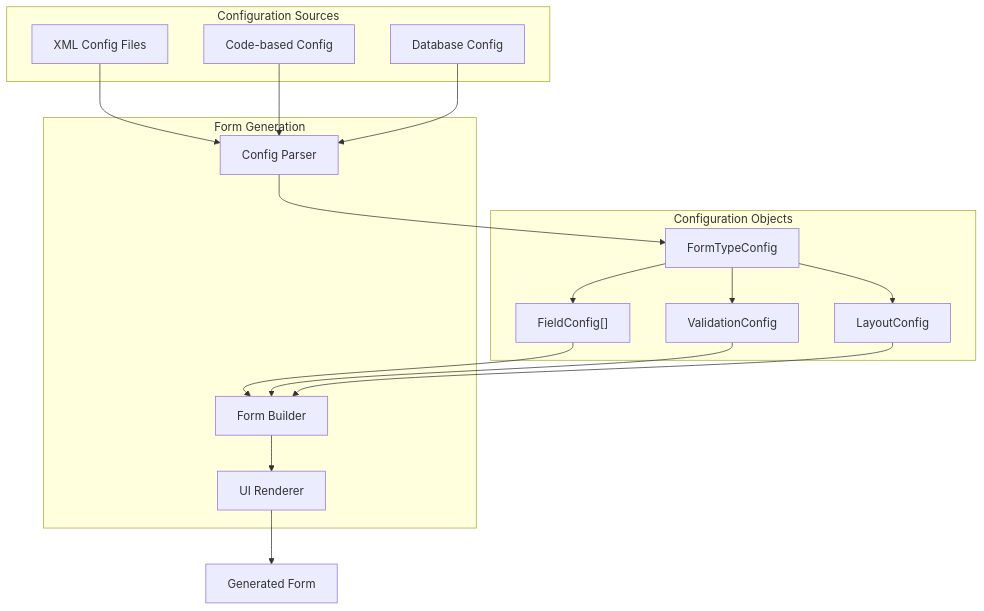
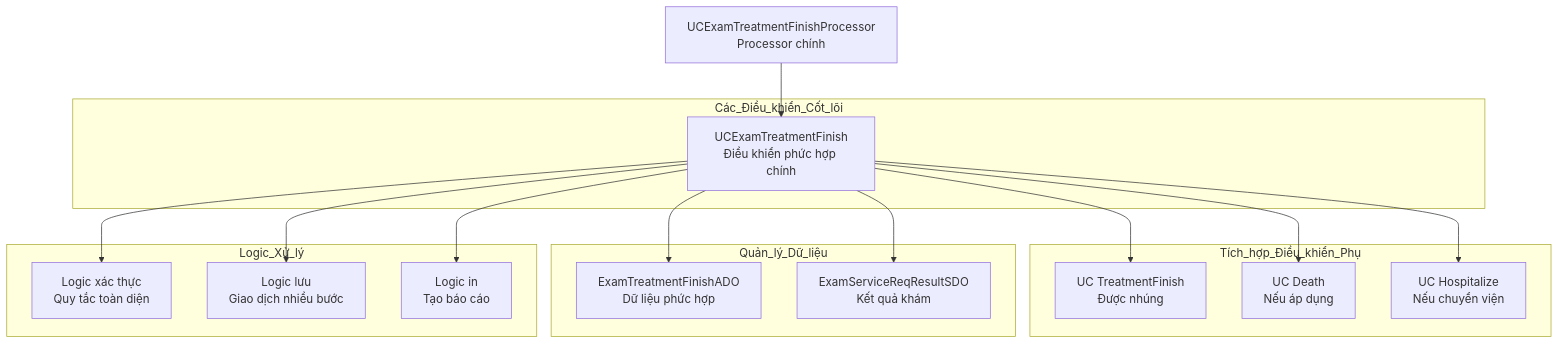
One commit to thangpnb/HIS changed the fourth of 20 diagrams in docs/his-ba-documentation/02-modules/uc-controls/form-type-controls.md. Above: the diagram before and after it, drawn with Mermaid. The commit also changed other lines of this file and 30 other files, not shown here.

Commit message:
Refactor architecture docs and update translations

````diff
--- a/docs/his-ba-documentation/02-modules/uc-controls/form-type-controls.md
+++ b/docs/his-ba-documentation/02-modules/uc-controls/form-type-controls.md
@@ -400,37 +1074,38 @@
 ```mermaid
 graph TB
-    subgraph "Configuration Sources"
-        XML["XML Config Files"]
-        Code["Code-based Config"]
-        DB["Database Config"]
+    Processor["UCExamTreatmentFinishProcessor<br/>Processor chính"]
+    
+    subgraph "Các_Điều_khiển_Cốt_lõi"
+        UCExamTreatmentFinish["UCExamTreatmentFinish<br/>Điều khiển phức hợp chính"]
     end
     
-    subgraph "Configuration Objects"
-        FormConfig["FormTypeConfig"]
-        FieldConfig["FieldConfig[]"]
-        ValidationConfig["ValidationConfig"]
-        LayoutConfig["LayoutConfig"]
+    subgraph "Tích_hợp_Điều_khiển_Phụ"
+        TreatmentFinish["UC TreatmentFinish<br/>Được nhúng"]
+        Death["UC Death<br/>Nếu áp dụng"]
+        Hospitalize["UC Hospitalize<br/>Nếu chuyển viện"]
     end
     
-    subgraph "Form Generation"
-        Parser["Config Parser"]
-        Builder["Form Builder"]
-        Renderer["UI Renderer"]
+    subgraph "Quản_lý_Dữ_liệu"
+        ExamTreatmentFinishADO["ExamTreatmentFinishADO<br/>Dữ liệu phức hợp"]
+        ExamServiceReqResultSDO["ExamServiceReqResultSDO<br/>Kết quả khám"]
     end
     
-    XML --> Parser
-    Code --> Parser
-    DB --> Parser
+    subgraph "Logic_Xử_lý"
+        Validate["Logic xác thực<br/>Quy tắc toàn diện"]
+        Save["Logic lưu<br/>Giao dịch nhiều bước"]
+        Print["Logic in<br/>Tạo báo cáo"]
+    end
     
-    Parser --> FormConfig
-    FormConfig --> FieldConfig
-    FormConfig --> ValidationConfig
-    FormConfig --> LayoutConfig
+    Processor --> UCExamTreatmentFinish
     
-    FieldConfig --> Builder
-    ValidationConfig --> Builder
-    LayoutConfig --> Builder
+    UCExamTreatmentFinish --> TreatmentFinish
+    UCExamTreatmentFinish --> Death
+    UCExamTreatmentFinish --> Hospitalize
     
-    Builder --> Renderer
-    Renderer --> Form["Generated Form"]
+    UCExamTreatmentFinish --> ExamTreatmentFinishADO
+    UCExamTreatmentFinish --> ExamServiceReqResultSDO
+    
+    UCExamTreatmentFinish --> Validate
+    UCExamTreatmentFinish --> Save
+    UCExamTreatmentFinish --> Print
 ```
````
